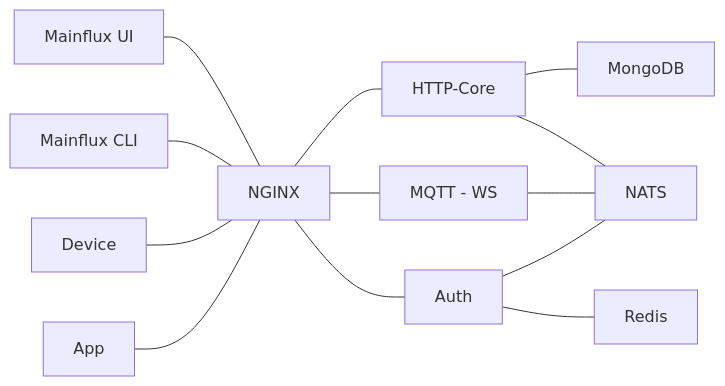
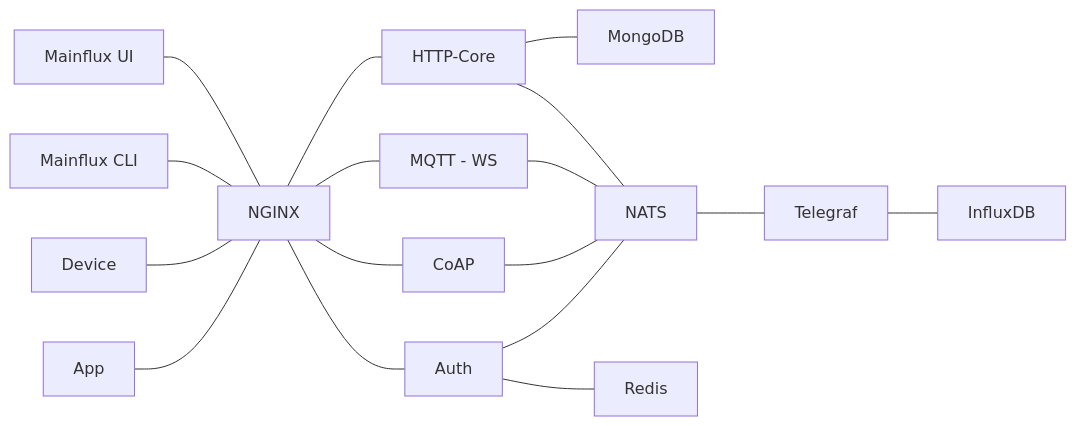
One commit to manuIO/mainflux-doc changed the diagram in tools/mermaid/arch.mmd. Above: the diagram before and after it, drawn with Mermaid. The commit also changed 1 other file, not shown here.

Commit message:
Add Telegraf and InfluxDB

```diff
--- a/tools/mermaid/arch.mmd
+++ b/tools/mermaid/arch.mmd
@@ -1,16 +1,21 @@
 graph LR
     A["NGINX"] --- B["HTTP-Core"];
     B --- F["MongoDB"]
 
     A --- C["MQTT - WS"];
+    A --- K["CoAP"];
 	A --- D["Auth"];
-	D --- R["Redis"]
 
 	B --- E["NATS"]
 	C --- E
 	D --- E
+	D --- R["Redis"]
+	K --- E
+
+	E --- T["Telegraf"]
+	T --- L["InfluxDB"]
 
     I["Mainflux UI"] --- A
     J["Mainflux CLI"] --- A
     G["Device"] --- A
     H["App"] --- A
```
